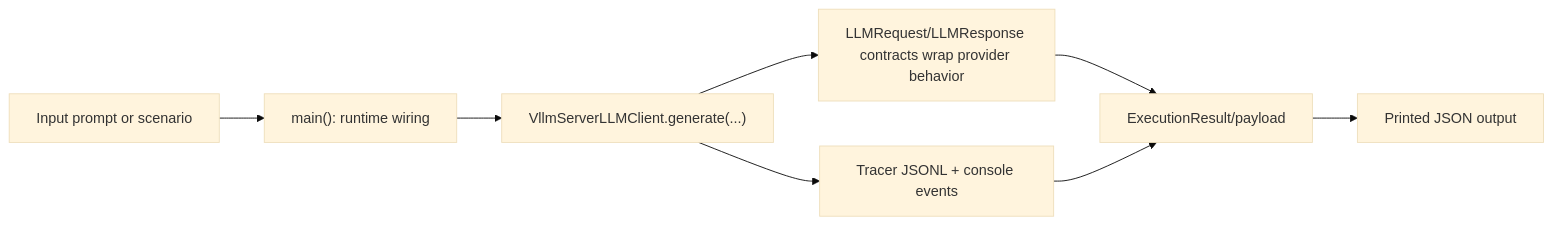
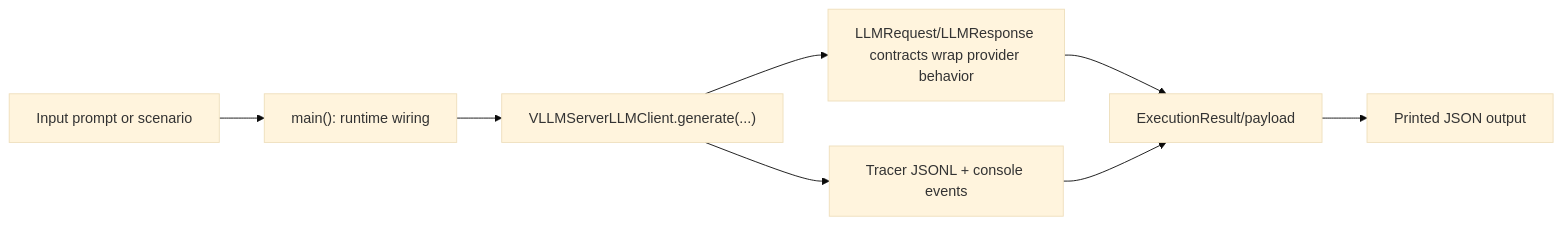
One commit to cmudrc/design-research-agents changed the diagram in docs/examples/clients/vllm_server_client.rst. Above: the diagram before and after it, drawn with Mermaid (base theme). The commit also changed other lines of this file and 87 other files, not shown here.

```diff
--- a/docs/examples/clients/vllm_server_client.rst
+++ b/docs/examples/clients/vllm_server_client.rst
@@ -22,10 +22,10 @@
 .. mermaid::
 
    flowchart LR
        A["Input prompt or scenario"] --> B["main(): runtime wiring"]
-       B --> C["VllmServerLLMClient.generate(...)"]
+       B --> C["VLLMServerLLMClient.generate(...)"]
        C --> D["LLMRequest/LLMResponse contracts wrap provider behavior"]
        C --> E["Tracer JSONL + console events"]
        D --> F["ExecutionResult/payload"]
        E --> F
        F --> G["Printed JSON output"]
```
